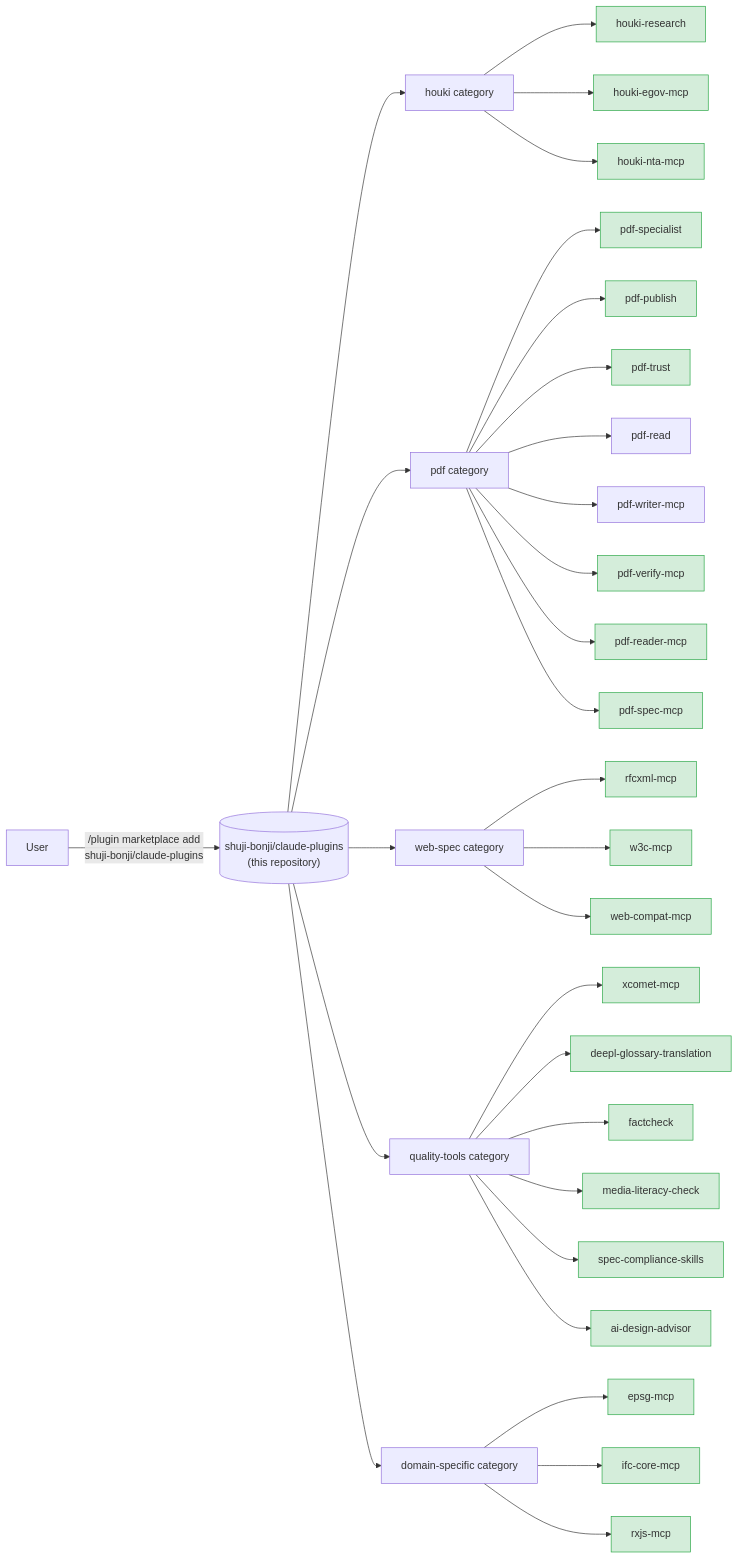
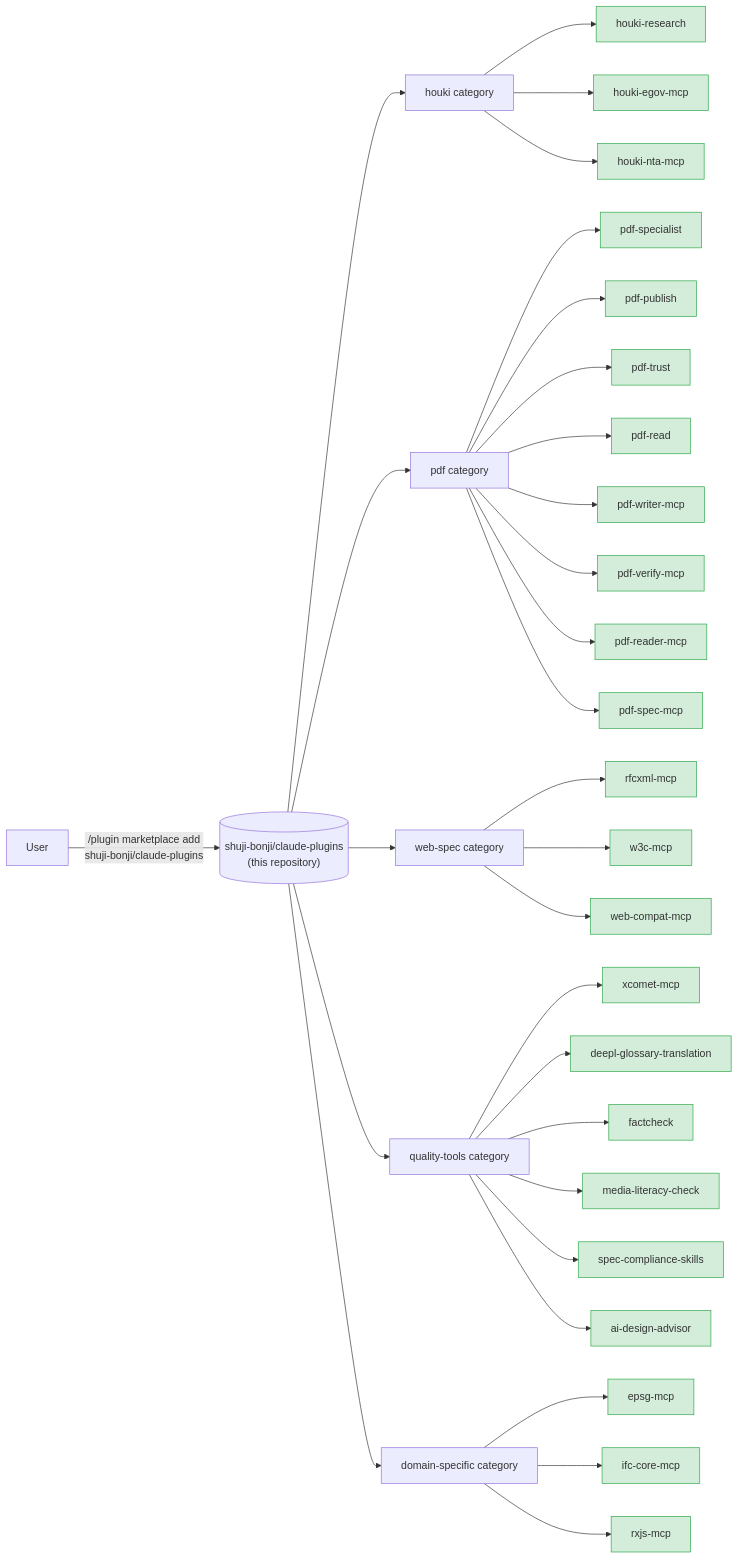
Before and after one commit to shuji-bonji/claude-plugins: the diagram in README.md, drawn with Mermaid. The commit also changed other lines of this file and 2 other files, not shown here.

````diff
--- a/README.md
+++ b/README.md
@@ -13,41 +13,41 @@
 ```mermaid
 graph LR
   user["User"] -->|"/plugin marketplace add<br/>shuji-bonji/claude-plugins"| mp[("shuji-bonji/claude-plugins<br/>(this repository)")]
 
   mp --> houki[houki category]
   mp --> pdf[pdf category]
   mp --> webspec[web-spec category]
   mp --> quality[quality-tools category]
   mp --> domain[domain-specific category]
 
   houki --> hr["houki-research"]
   houki --> hegov["houki-egov-mcp"]
   houki --> hnta["houki-nta-mcp"]
 
   pdf --> pspecial["pdf-specialist"]
   pdf --> ppub["pdf-publish"]
   pdf --> ptrust["pdf-trust"]
   pdf --> pread["pdf-read"]
   pdf --> pwriter["pdf-writer-mcp"]
   pdf --> pverify["pdf-verify-mcp"]
   pdf --> hpdf["pdf-reader-mcp"]
   pdf --> pspec["pdf-spec-mcp"]
 
   webspec --> rfcxml["rfcxml-mcp"]
   webspec --> w3c["w3c-mcp"]
   webspec --> webcompat["web-compat-mcp"]
 
   quality --> xcomet["xcomet-mcp"]
   quality --> deepl["deepl-glossary-translation"]
   quality --> fact["factcheck"]
   quality --> media["media-literacy-check"]
   quality --> speccomp["spec-compliance-skills"]
   quality --> aidesign["ai-design-advisor"]
 
   domain --> epsg["epsg-mcp"]
   domain --> ifc["ifc-core-mcp"]
   domain --> rxjs["rxjs-mcp"]
 
   classDef live fill:#d4edda,stroke:#28a745
-  class hr,hegov,hnta,pspecial,ppub,ptrust,pverify,hpdf,pspec,rfcxml,w3c,webcompat,xcomet,deepl,fact,media,speccomp,aidesign,epsg,ifc,rxjs live
+  class hr,hegov,hnta,pspecial,ppub,ptrust,pread,pwriter,pverify,hpdf,pspec,rfcxml,w3c,webcompat,xcomet,deepl,fact,media,speccomp,aidesign,epsg,ifc,rxjs live
 ```
````
